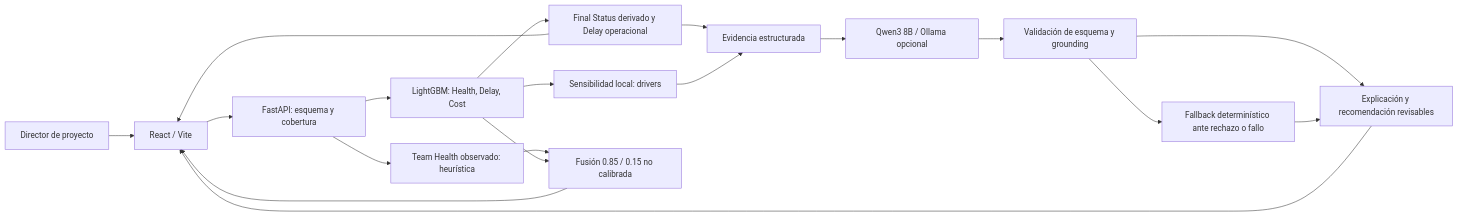
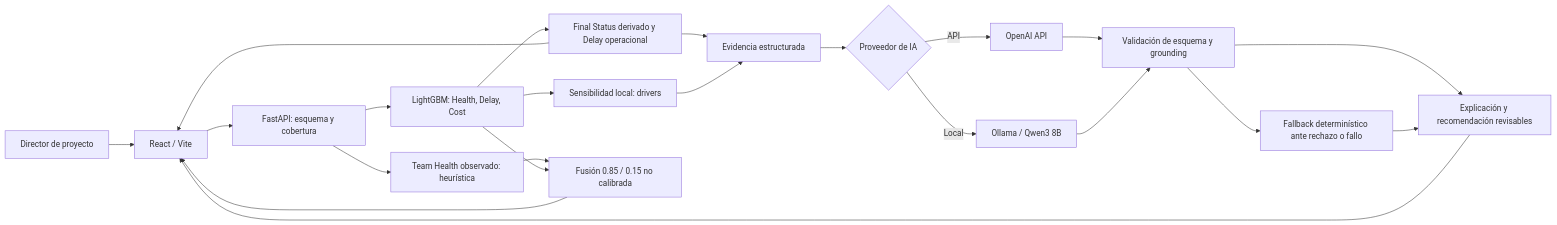
Before and after one commit to heiandavi-boop/tallerfina3: the diagram in docs/INFORME_FINAL.md, drawn with Mermaid. The commit also changed other lines of this file and 21 other files, not shown here.

````diff
--- a/docs/INFORME_FINAL.md
+++ b/docs/INFORME_FINAL.md
@@ -56,21 +56,24 @@
 ```mermaid
 flowchart LR
   U[Director de proyecto] --> R[React / Vite]
   R --> A[FastAPI: esquema y cobertura]
   A --> L[LightGBM: Health, Delay, Cost]
   L --> O[Final Status derivado y Delay operacional]
   A --> T[Team Health observado: heurística]
   L --> D[Sensibilidad local: drivers]
   T --> F[Fusión 0.85 / 0.15 no calibrada]
   L --> F
   O --> E[Evidencia estructurada]
   D --> E
-  E --> Q[Qwen3 8B / Ollama opcional]
+  E --> S{Proveedor de IA}
+  S -->|Local| Q[Ollama / Qwen3 8B]
+  S -->|API| G[OpenAI API]
+  G --> V[Validación de esquema y grounding]
   Q --> V[Validación de esquema y grounding]
   V --> X[Explicación y recomendación revisables]
   V --> B[Fallback determinístico ante rechazo o fallo]
   B --> X
   O --> R
   F --> R
   X --> R
 ```
````
